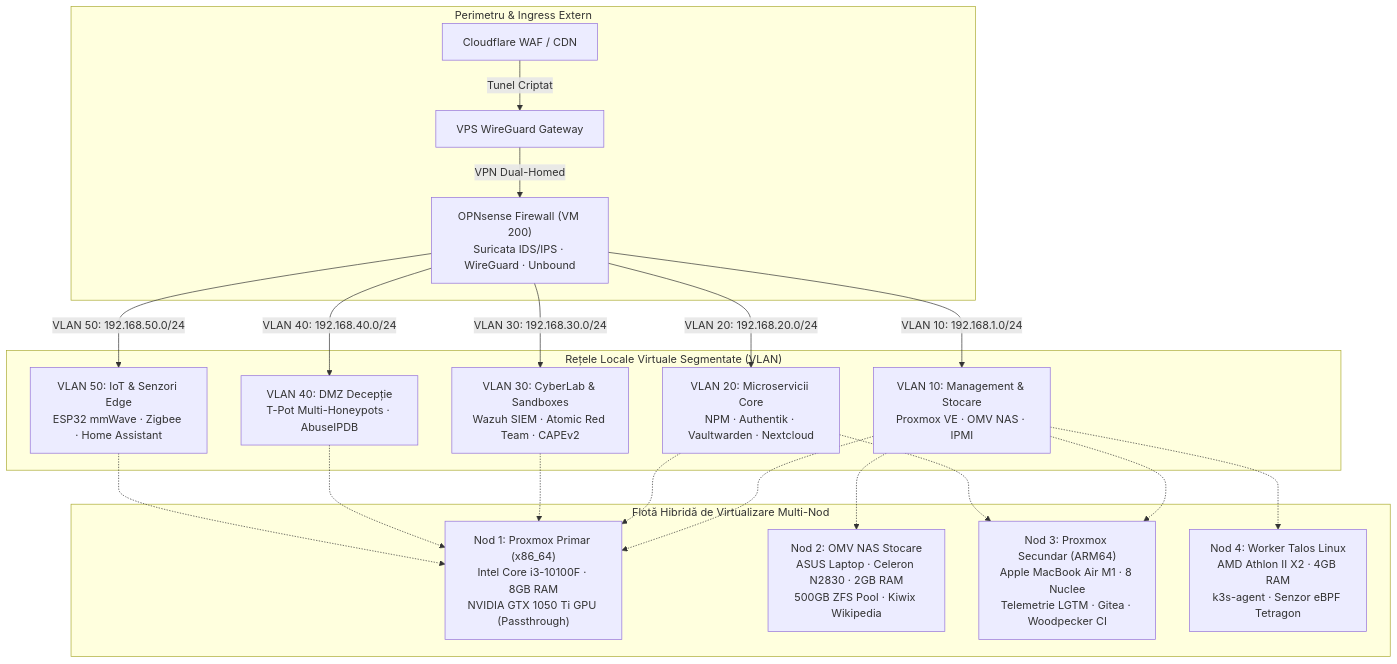
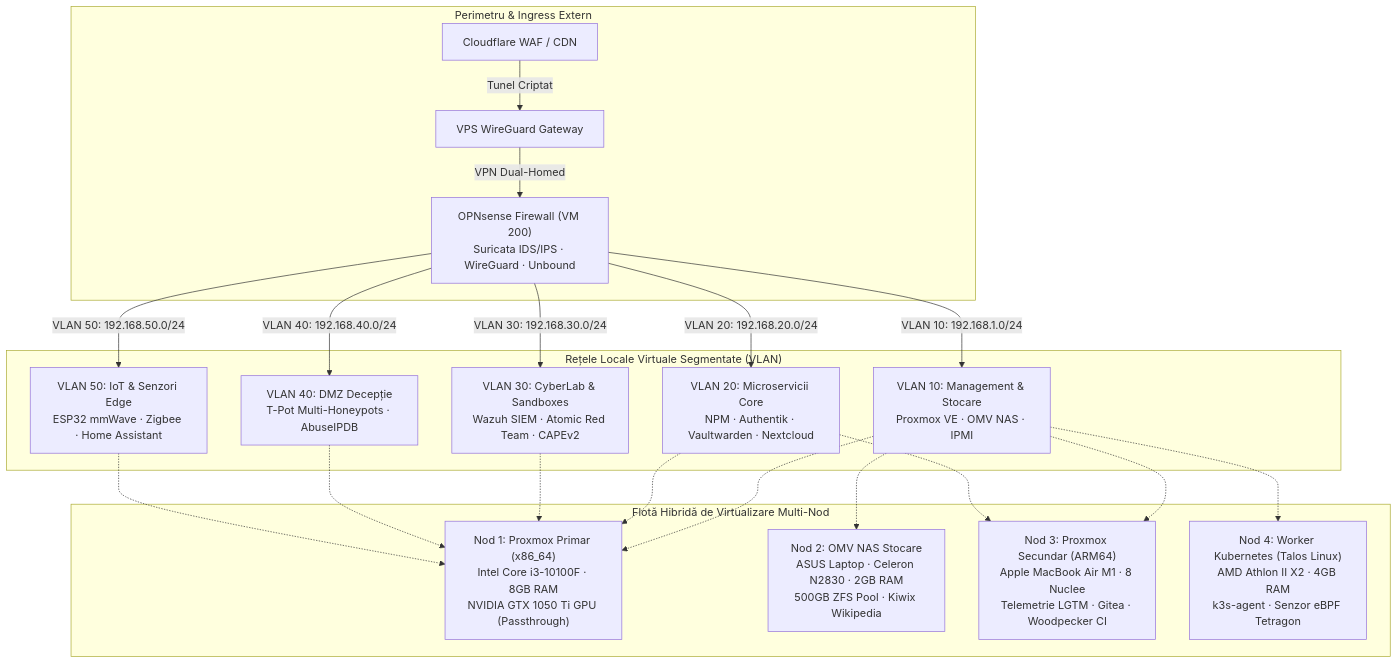
Before and after one commit to stefanutc1/datacenter: the first of 2 diagrams in README.ro.md, drawn with Mermaid. The commit also changed other lines of this file and 8 other files, not shown here.

Commit message:
refactor(naming): update node names to pve (x86_64), pve (ARM64), and kubernetes across repo and web app

````diff
--- a/README.ro.md
+++ b/README.ro.md
@@ -75,28 +75,28 @@
 ```mermaid
 flowchart TB
     subgraph WAN_Edge["Perimetru & Ingress Extern"]
         CF["Cloudflare WAF / CDN"] -->|Tunel Criptat| VPS["VPS WireGuard Gateway"]
         VPS -->|VPN Dual-Homed| OPN["OPNsense Firewall (VM 200)<br/>Suricata IDS/IPS · WireGuard · Unbound"]
     end
 
     subgraph Network_VLANs["Rețele Locale Virtuale Segmentate (VLAN)"]
         OPN -->|VLAN 10: 192.168.1.0/24| V10["VLAN 10: Management & Stocare<br/>Proxmox VE · OMV NAS · IPMI"]
         OPN -->|VLAN 20: 192.168.20.0/24| V20["VLAN 20: Microservicii Core<br/>NPM · Authentik · Vaultwarden · Nextcloud"]
         OPN -->|VLAN 30: 192.168.30.0/24| V30["VLAN 30: CyberLab & Sandboxes<br/>Wazuh SIEM · Atomic Red Team · CAPEv2"]
         OPN -->|VLAN 40: 192.168.40.0/24| V40["VLAN 40: DMZ Decepție<br/>T-Pot Multi-Honeypots · AbuseIPDB"]
         OPN -->|VLAN 50: 192.168.50.0/24| V50["VLAN 50: IoT & Senzori Edge<br/>ESP32 mmWave · Zigbee · Home Assistant"]
     end
 
     subgraph Compute_Layer["Flotă Hibridă de Virtualizare Multi-Nod"]
         Node1["Nod 1: Proxmox Primar (x86_64)<br/>Intel Core i3-10100F · 8GB RAM<br/>NVIDIA GTX 1050 Ti GPU (Passthrough)"]
         Node2["Nod 2: OMV NAS Stocare<br/>ASUS Laptop · Celeron N2830 · 2GB RAM<br/>500GB ZFS Pool · Kiwix Wikipedia"]
         Node3["Nod 3: Proxmox Secundar (ARM64)<br/>Apple MacBook Air M1 · 8 Nuclee<br/>Telemetrie LGTM · Gitea · Woodpecker CI"]
-        Node4["Nod 4: Worker Talos Linux<br/>AMD Athlon II X2 · 4GB RAM<br/>k3s-agent · Senzor eBPF Tetragon"]
+        Node4["Nod 4: Worker Kubernetes (Talos Linux)<br/>AMD Athlon II X2 · 4GB RAM<br/>k3s-agent · Senzor eBPF Tetragon"]
     end
 
     V10 -.-> Node1 & Node2 & Node3 & Node4
     V20 -.-> Node1 & Node3
     V30 -.-> Node1
     V40 -.-> Node1
     V50 -.-> Node1
 ```
````
